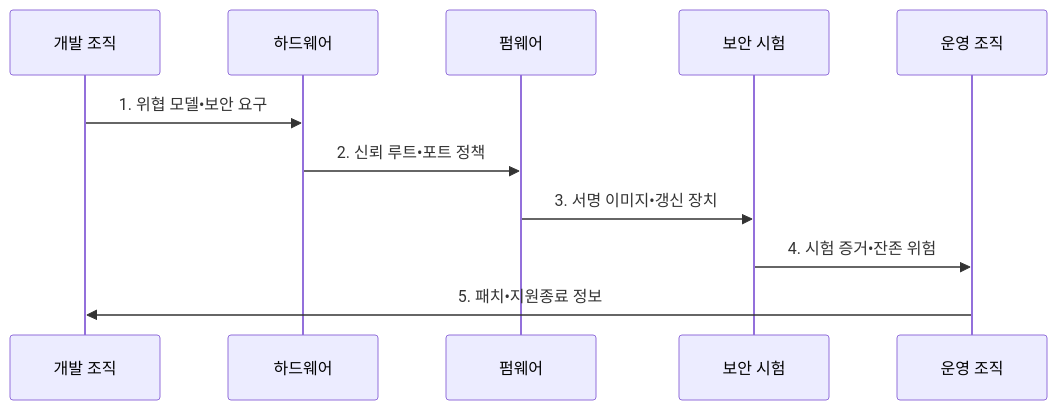
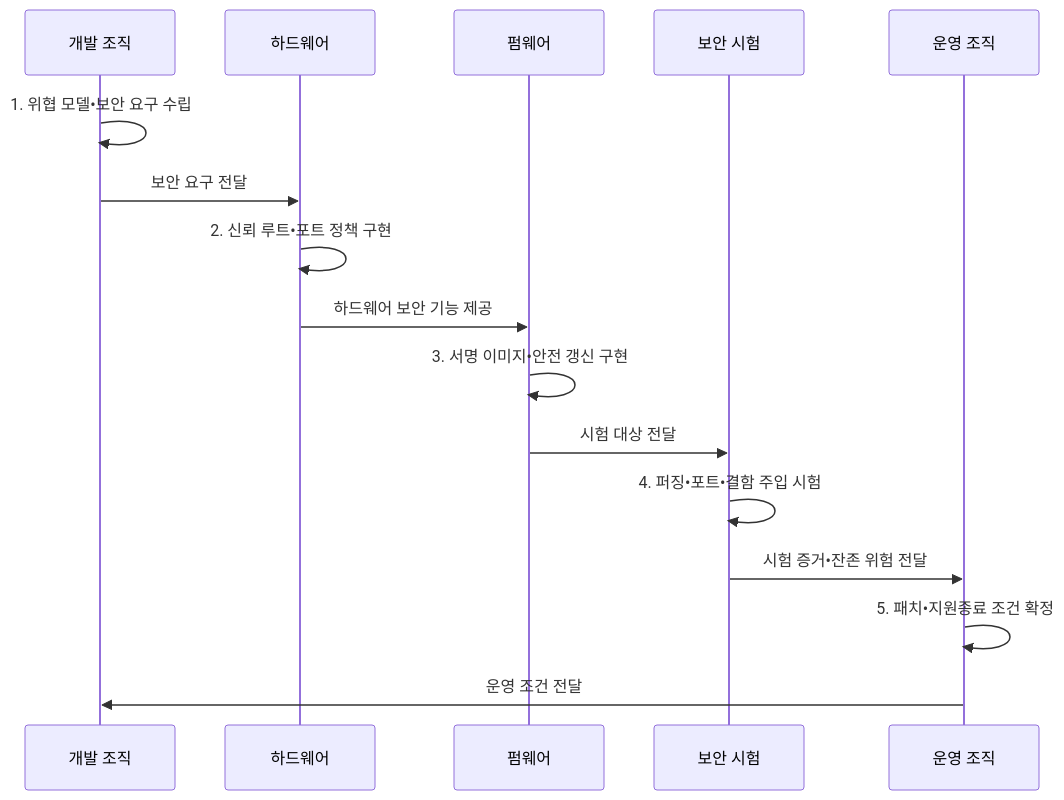
The second of 2 diagrams in src/content/docs/notes/05-security/125_embedded_security_vulnerabilities.md (agnusdei1207/knowledge-base), drawn with Mermaid before and after one commit. The commit also changed other lines of this file and 19 other files, not shown here.

````diff
--- a/src/content/docs/notes/05-security/125_embedded_security_vulnerabilities.md
+++ b/src/content/docs/notes/05-security/125_embedded_security_vulnerabilities.md
@@ -100,13 +100,18 @@
 ```mermaid
 sequenceDiagram
   participant D as 개발 조직
   participant H as 하드웨어
   participant F as 펌웨어
   participant T as 보안 시험
   participant O as 운영 조직
-  D->>H: 1. 위협 모델•보안 요구
-  H->>F: 2. 신뢰 루트•포트 정책
-  F->>T: 3. 서명 이미지•갱신 장치
-  T->>O: 4. 시험 증거•잔존 위험
-  O->>D: 5. 패치•지원종료 정보
+  D->>D: 1. 위협 모델•보안 요구 수립
+  D->>H: 보안 요구 전달
+  H->>H: 2. 신뢰 루트•포트 정책 구현
+  H->>F: 하드웨어 보안 기능 제공
+  F->>F: 3. 서명 이미지•안전 갱신 구현
+  F->>T: 시험 대상 전달
+  T->>T: 4. 퍼징•포트•결함 주입 시험
+  T->>O: 시험 증거•잔존 위험 전달
+  O->>O: 5. 패치•지원종료 조건 확정
+  O->>D: 운영 조건 전달
 ```
````
